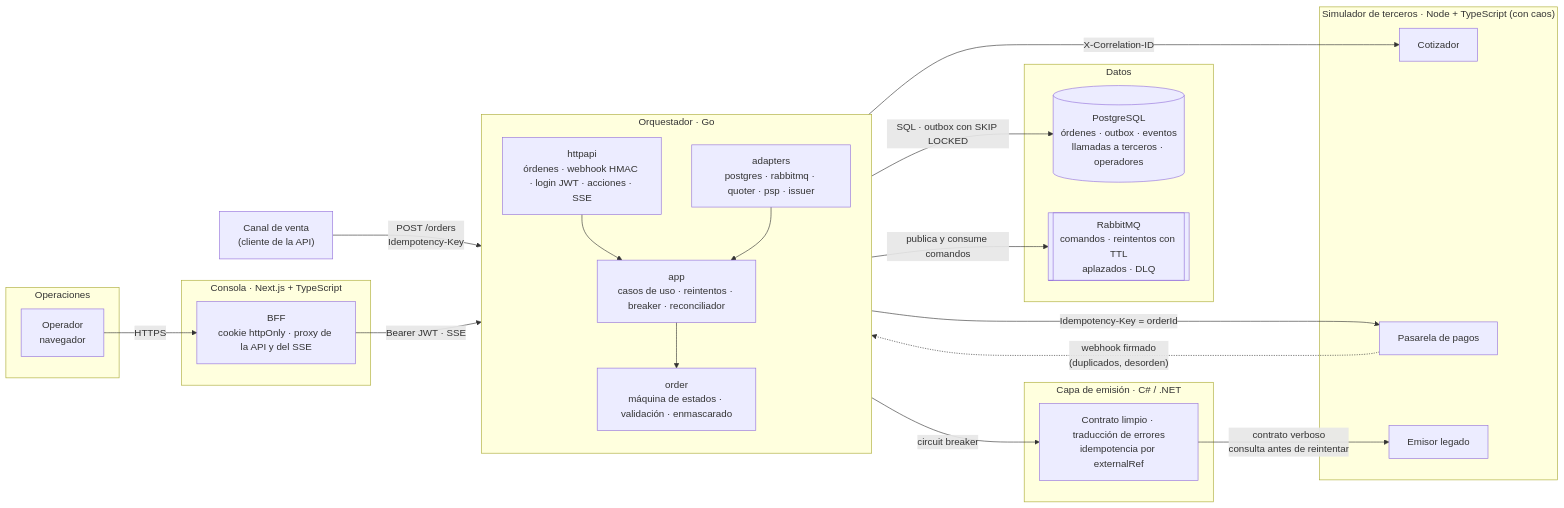
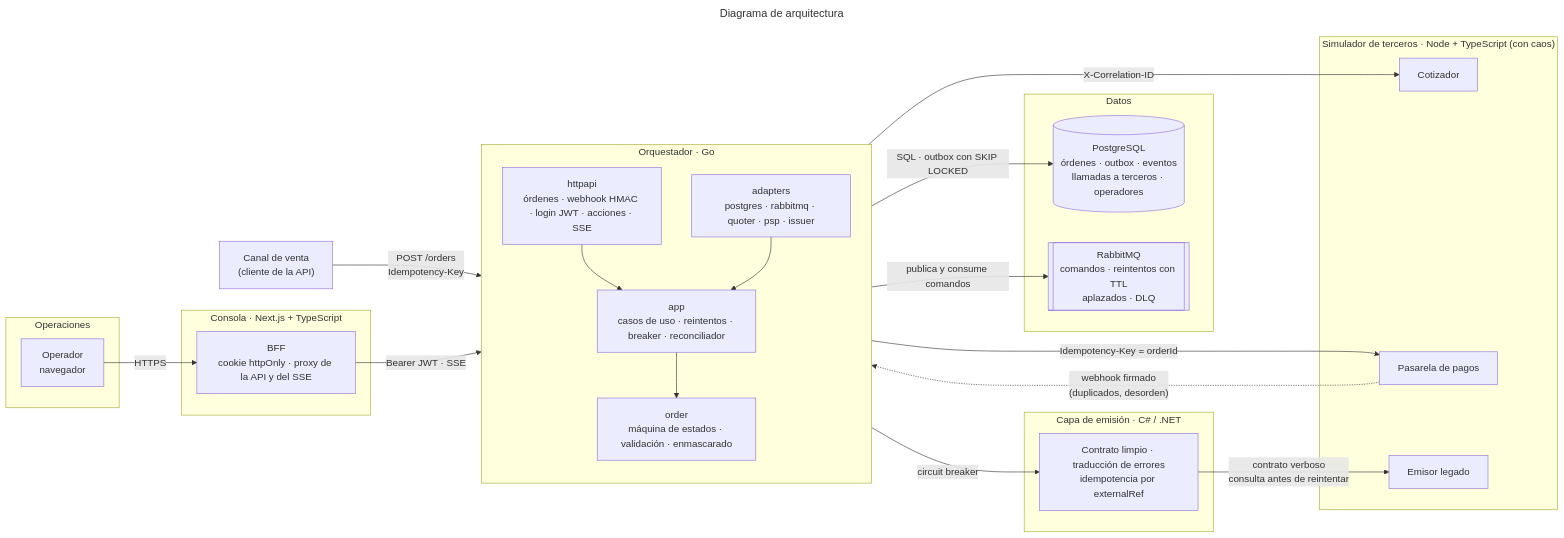
Before and after one commit to paopadp123/assessment-lider-tecnico: the first of 2 diagrams in README.md, drawn with Mermaid. The commit also changed other lines of this file, not shown here.

Commit message:
docs(readme): pone el título dentro de los diagramas para que se vea en pantalla completa

````diff
--- a/README.md
+++ b/README.md
@@ -45,37 +45,40 @@
 ```mermaid
+---
+title: Diagrama de arquitectura
+---
 flowchart LR
     subgraph Operaciones
         OP["Operador<br/>navegador"]
     end
     subgraph Console["Consola · Next.js + TypeScript"]
         BFF["BFF<br/>cookie httpOnly · proxy de la API y del SSE"]
     end
     subgraph Orch["Orquestador · Go"]
         direction TB
         H["httpapi<br/>órdenes · webhook HMAC · login JWT · acciones · SSE"] --> APP["app<br/>casos de uso · reintentos · breaker · reconciliador"]
         APP --> DOM["order<br/>máquina de estados · validación · enmascarado"]
         ADP["adapters<br/>postgres · rabbitmq · quoter · psp · issuer"] --> APP
     end
     subgraph Datos
         PG[("PostgreSQL<br/>órdenes · outbox · eventos<br/>llamadas a terceros · operadores")]
         MQ[["RabbitMQ<br/>comandos · reintentos con TTL<br/>aplazados · DLQ"]]
     end
     subgraph ACL["Capa de emisión · C# / .NET"]
         ISS["Contrato limpio · traducción de errores<br/>idempotencia por externalRef"]
     end
     subgraph Terceros["Simulador de terceros · Node + TypeScript (con caos)"]
         Q["Cotizador"]
         PSP["Pasarela de pagos"]
         LEG["Emisor legado"]
     end
     CLI["Canal de venta<br/>(cliente de la API)"] -- "POST /orders<br/>Idempotency-Key" --> H
     OP -- "HTTPS" --> BFF
     BFF -- "Bearer JWT · SSE" --> H
     ADP -- "SQL · outbox con SKIP LOCKED" --> PG
     ADP -- "publica y consume comandos" --> MQ
     ADP -- "X-Correlation-ID" --> Q
     ADP -- "Idempotency-Key = orderId" --> PSP
     PSP -. "webhook firmado<br/>(duplicados, desorden)" .-> H
     ADP -- "circuit breaker" --> ISS
     ISS -- "contrato verboso<br/>consulta antes de reintentar" --> LEG
 ```
````
